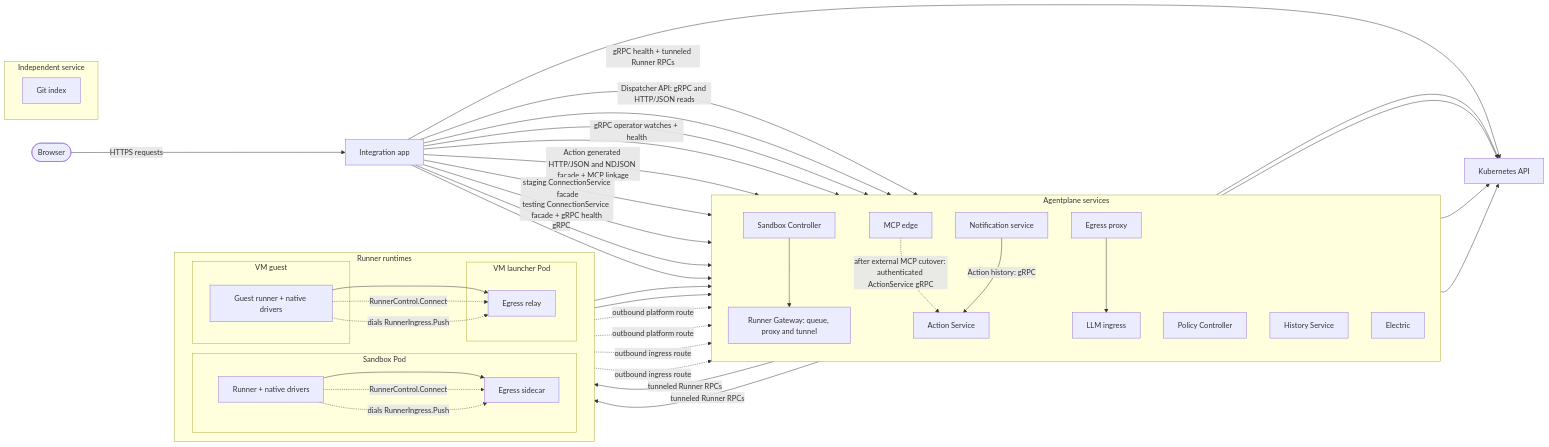
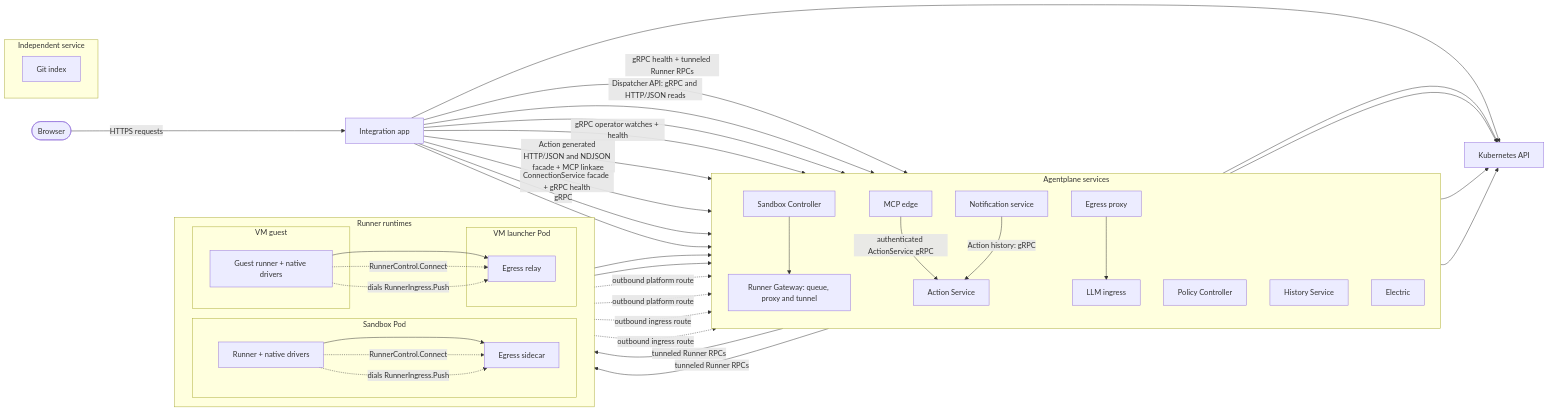
One commit to agentydragon-agent/ducktape changed the diagram in agentplane/README.md. Above: the diagram before and after it, drawn with Mermaid. The commit also changed other lines of this file and 13 other files, not shown here.

First line of the commit message:
Hand staging Connection and external MCP ownership to the edge (#11734)

```diff
--- a/agentplane/README.md
+++ b/agentplane/README.md
@@ -90,9 +89,8 @@
     app --> hs
     app -->|gRPC operator watches + health| notif
     app -->|Action generated HTTP/JSON and NDJSON facade + MCP linkage| actions
-    app -->|staging ConnectionService facade| actions
-    app -->|testing ConnectionService facade + gRPC health| edge
-    edge -.->|after external MCP cutover: authenticated ActionService gRPC| actions
+    app -->|ConnectionService facade + gRPC health| edge
+    edge -->|authenticated ActionService gRPC| actions
     notif -->|Action history: gRPC| actions
     app -->|gRPC| egress
     app --> electric
```
